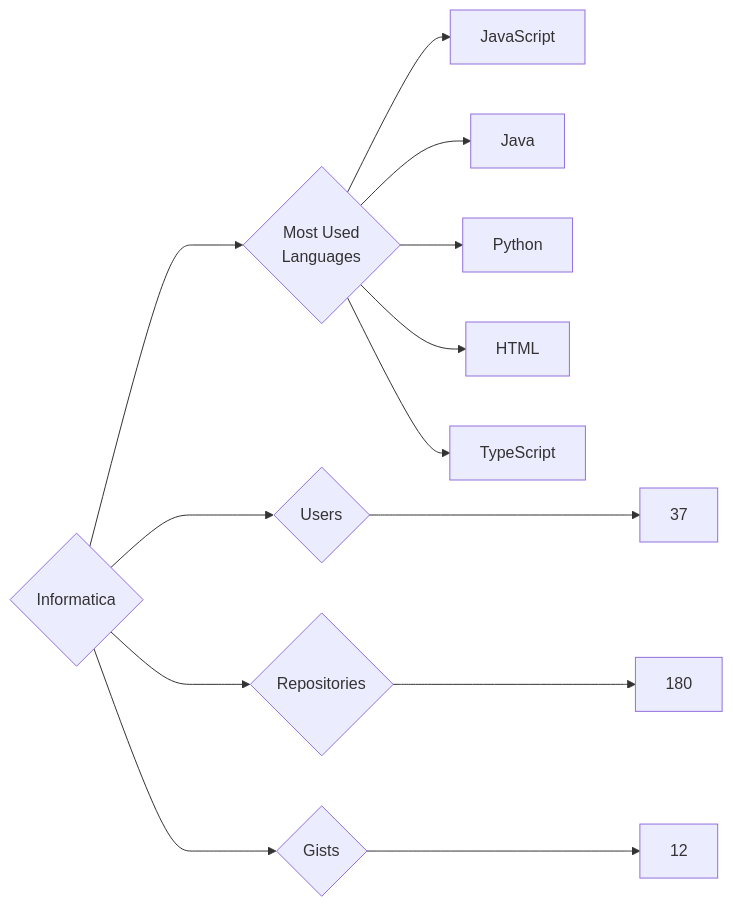
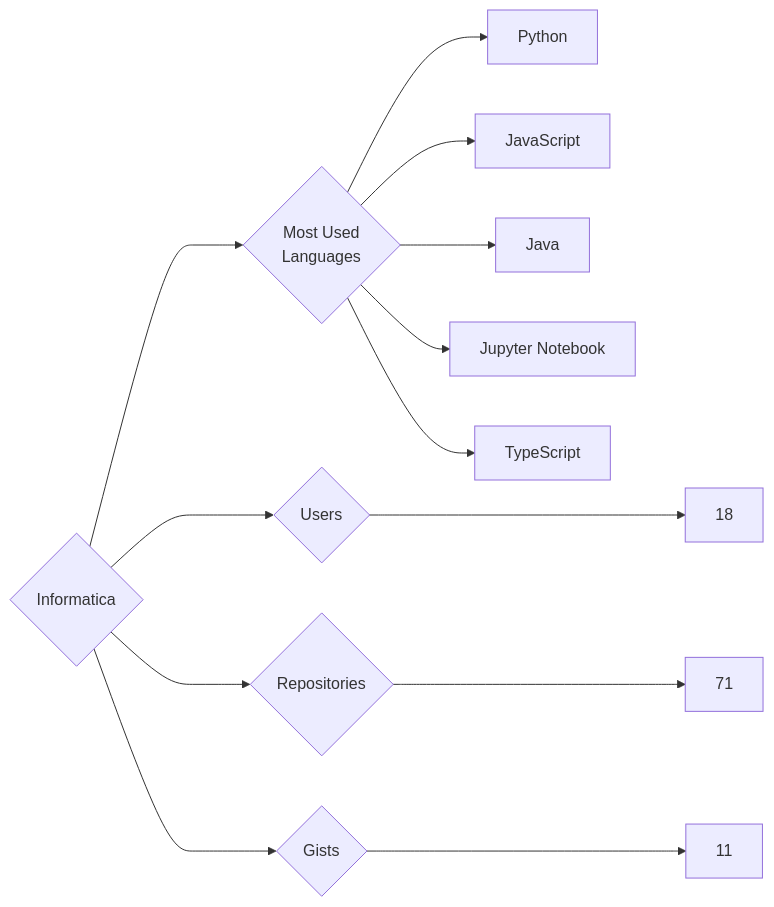
The diagram in targets/Informatica/README.md (trickest/insiders), drawn with Mermaid before and after one commit. The commit also changed 748 other files, not shown here.

````diff
--- a/targets/Informatica/README.md
+++ b/targets/Informatica/README.md
@@ -3,13 +3,13 @@
 ```mermaid
 graph LR
 COMPANY_NAME{Informatica}
-COMPANY_NAME ---> U{Users} ---> UN[37]
-COMPANY_NAME ---> R{Repositories} ---> RN[180]
-COMPANY_NAME ---> G{Gists} ---> GN[12]
+COMPANY_NAME ---> U{Users} ---> UN[18]
+COMPANY_NAME ---> R{Repositories} ---> RN[71]
+COMPANY_NAME ---> G{Gists} ---> GN[11]
 COMPANY_NAME ---> ML{Most Used<br>Languages}
+ML --> Python[Python]
 ML --> JavaScript[JavaScript]
 ML --> Java[Java]
-ML --> Python[Python]
-ML --> HTML[HTML]
+ML --> Jupyter_Notebook[Jupyter Notebook]
 ML --> TypeScript[TypeScript]
 ```
````
